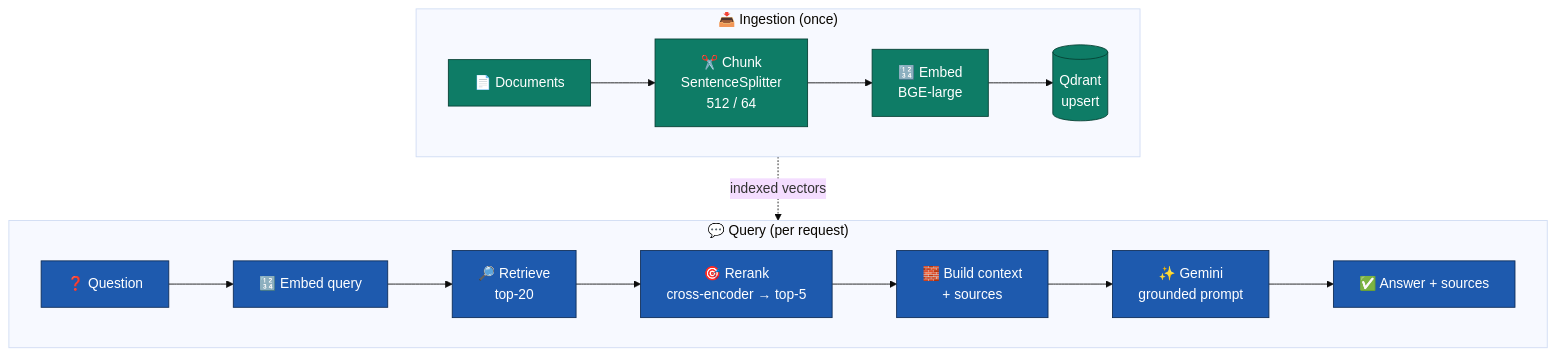
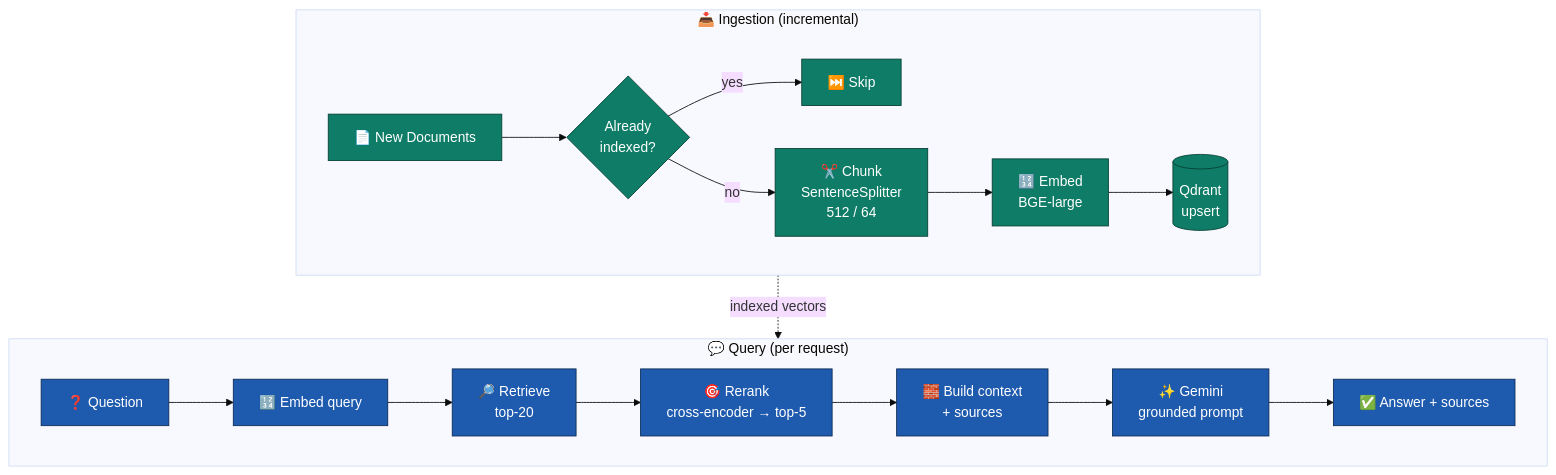
One commit to khattabpi/Rag-System changed the second of 3 diagrams in README.md. Above: the diagram before and after it, drawn with Mermaid (base theme). The commit also changed other lines of this file, not shown here.

Commit message:
docs: update README — incremental ingestion, resilient generation, expanded corpus

````diff
--- a/README.md
+++ b/README.md
@@ -58,19 +61,21 @@
 ```mermaid
 flowchart TB
-    subgraph ING["📥 Ingestion (once)"]
+    subgraph ING["📥 Ingestion (incremental)"]
         direction LR
-        P["📄 Documents"] --> S["✂️ Chunk<br/>SentenceSplitter<br/>512 / 64"] --> E1["🔢 Embed<br/>BGE-large"] --> Q1[("Qdrant<br/>upsert")]
+        P["📄 New Documents"] --> DUP{"Already<br/>indexed?"}
+        DUP -->|"yes"| SKIP["⏭️ Skip"]
+        DUP -->|"no"| S["✂️ Chunk<br/>SentenceSplitter<br/>512 / 64"] --> E1["🔢 Embed<br/>BGE-large"] --> Q1[("Qdrant<br/>upsert")]
     end
 
     subgraph QRY["💬 Query (per request)"]
         direction LR
         Qn["❓ Question"] --> E2["🔢 Embed query"] --> R["🔎 Retrieve<br/>top-20"] --> RK["🎯 Rerank<br/>cross-encoder → top-5"] --> CTX["🧱 Build context<br/>+ sources"] --> LLM["✨ Gemini<br/>grounded prompt"] --> ANS["✅ Answer + sources"]
     end
 
     Q1 -.->|"indexed vectors"| R
 
     classDef ing fill:#0E7C66,stroke:#063f33,color:#fff
     classDef qry fill:#1E5AAE,stroke:#0d2b55,color:#fff
-    class P,S,E1,Q1 ing
+    class P,S,E1,Q1,DUP,SKIP ing
     class Qn,E2,R,RK,CTX,LLM,ANS qry
 ```
````
